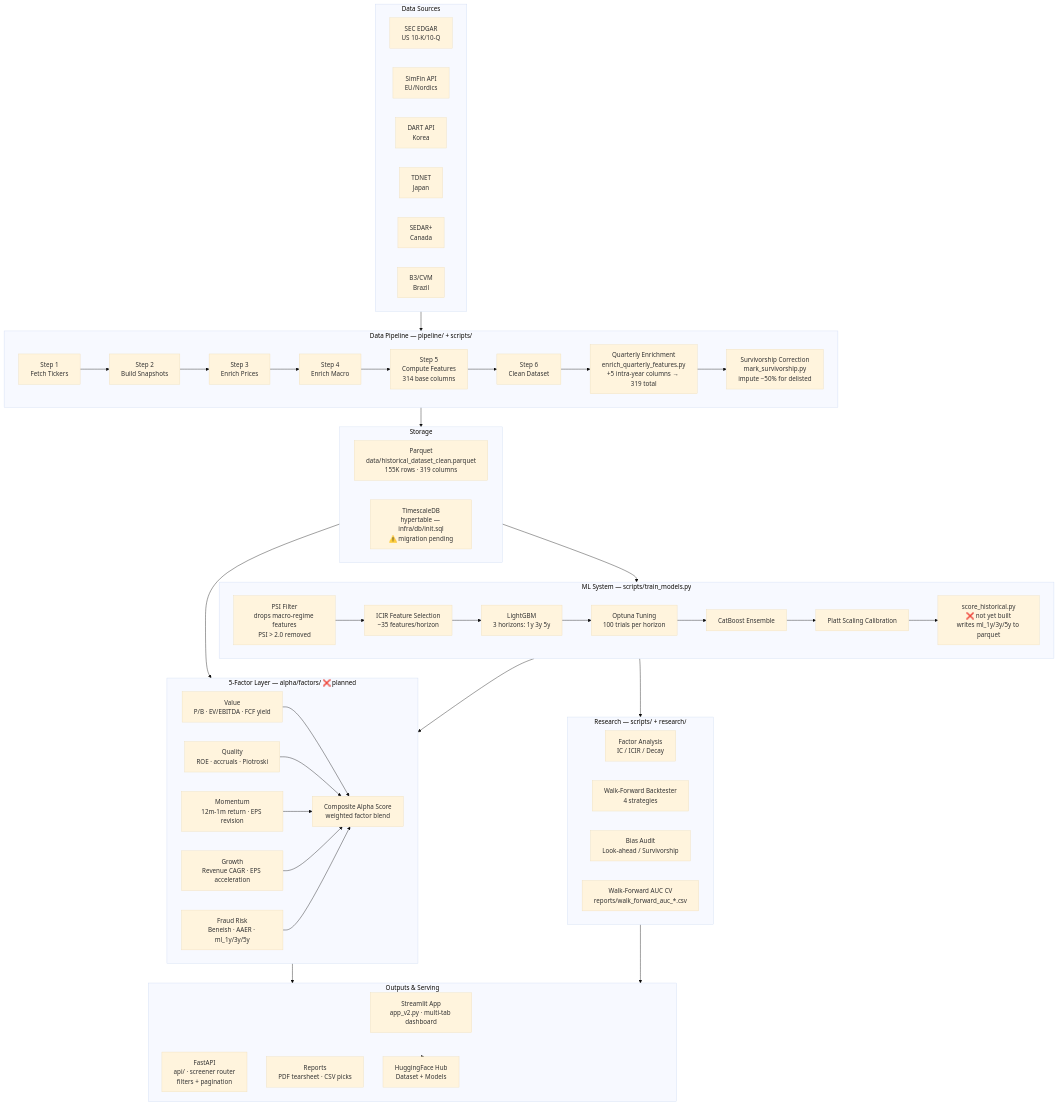
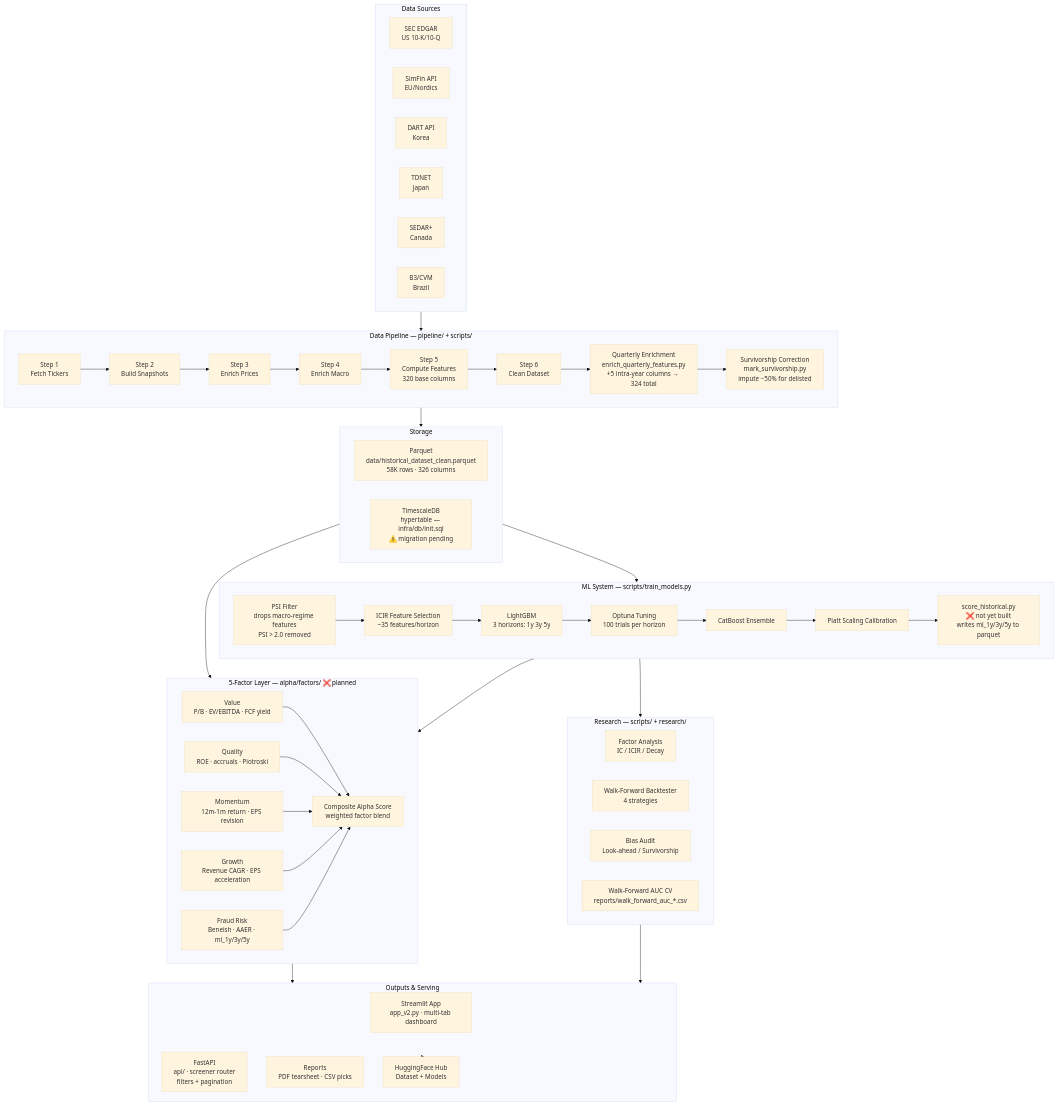
One commit to sherlock718/stock-fraud-screener changed the first of 3 diagrams in docs/architecture.md. Above: the diagram before and after it, drawn with Mermaid (base theme). The commit also changed other lines of this file and 46 other files, not shown here.

````diff
--- a/docs/architecture.md
+++ b/docs/architecture.md
@@ -7,73 +7,73 @@
 ```mermaid
 graph TB
     subgraph Sources["Data Sources"]
         A1[SEC EDGAR<br/>US 10-K/10-Q]
         A2[SimFin API<br/>EU/Nordics]
         A3[DART API<br/>Korea]
         A4[TDNET<br/>Japan]
         A5[SEDAR+<br/>Canada]
         A6[B3/CVM<br/>Brazil]
     end
 
     subgraph Pipeline["Data Pipeline — pipeline/ + scripts/"]
         B1[Step 1<br/>Fetch Tickers]
         B2[Step 2<br/>Build Snapshots]
         B3[Step 3<br/>Enrich Prices]
         B4[Step 4<br/>Enrich Macro]
-        B5[Step 5<br/>Compute Features<br/>314 base columns]
+        B5[Step 5<br/>Compute Features<br/>320 base columns]
         B6[Step 6<br/>Clean Dataset]
-        B7[Quarterly Enrichment<br/>enrich_quarterly_features.py<br/>+5 intra-year columns → 319 total]
+        B7[Quarterly Enrichment<br/>enrich_quarterly_features.py<br/>+5 intra-year columns → 324 total]
         B8[Survivorship Correction<br/>mark_survivorship.py<br/>impute −50% for delisted]
         B1 --> B2 --> B3 --> B4 --> B5 --> B6 --> B7 --> B8
     end
 
     subgraph Factors["5-Factor Layer — alpha/factors/ ❌ planned"]
         F1[Value<br/>P/B · EV/EBITDA · FCF yield]
         F2[Quality<br/>ROE · accruals · Piotroski]
         F3[Momentum<br/>12m-1m return · EPS revision]
         F4[Growth<br/>Revenue CAGR · EPS acceleration]
         F5[Fraud Risk<br/>Beneish · AAER · ml_1y/3y/5y]
         FA[Composite Alpha Score<br/>weighted factor blend]
         F1 & F2 & F3 & F4 & F5 --> FA
     end
 
     subgraph ML["ML System — scripts/train_models.py"]
         C0[PSI Filter<br/>drops macro-regime features<br/>PSI > 2.0 removed]
         C1[ICIR Feature Selection<br/>~35 features/horizon]
         C2[LightGBM<br/>3 horizons: 1y 3y 5y]
         C3[Optuna Tuning<br/>100 trials per horizon]
         C4[CatBoost Ensemble]
         C5[Platt Scaling Calibration]
         C6[score_historical.py<br/>❌ not yet built<br/>writes ml_1y/3y/5y to parquet]
         C0 --> C1 --> C2 --> C3 --> C4 --> C5 --> C6
     end
 
     subgraph Research["Research — scripts/ + research/"]
         D1[Factor Analysis<br/>IC / ICIR / Decay]
         D2[Walk-Forward Backtester<br/>4 strategies]
         D3[Bias Audit<br/>Look-ahead / Survivorship]
         D4[Walk-Forward AUC CV<br/>reports/walk_forward_auc_*.csv]
     end
 
     subgraph Storage["Storage"]
-        S1[Parquet<br/>data/historical_dataset_clean.parquet<br/>155K rows · 319 columns]
+        S1[Parquet<br/>data/historical_dataset_clean.parquet<br/>58K rows · 326 columns]
         S2[TimescaleDB<br/>hypertable — infra/db/init.sql<br/>⚠️ migration pending]
     end
 
     subgraph Outputs["Outputs & Serving"]
         E1[Streamlit App<br/>app_v2.py · multi-tab dashboard]
         E2[FastAPI<br/>api/ · screener router<br/>filters + pagination]
         E3[Reports<br/>PDF tearsheet · CSV picks]
         E4[HuggingFace Hub<br/>Dataset + Models]
     end
 
     Sources --> Pipeline
     Pipeline --> Storage
     Storage --> ML
     Storage --> Factors
     ML --> Factors
     ML --> Research
     Factors --> Outputs
     Research --> Outputs
     Outputs --> E4
 ```
````
